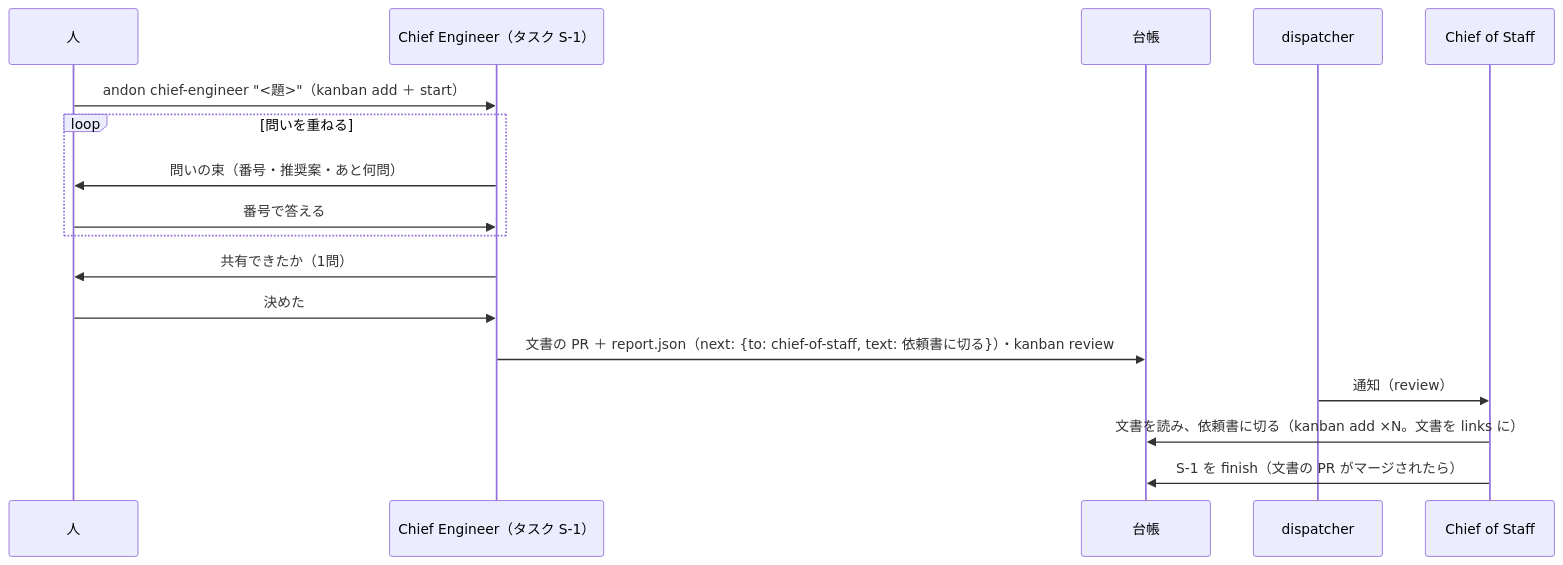
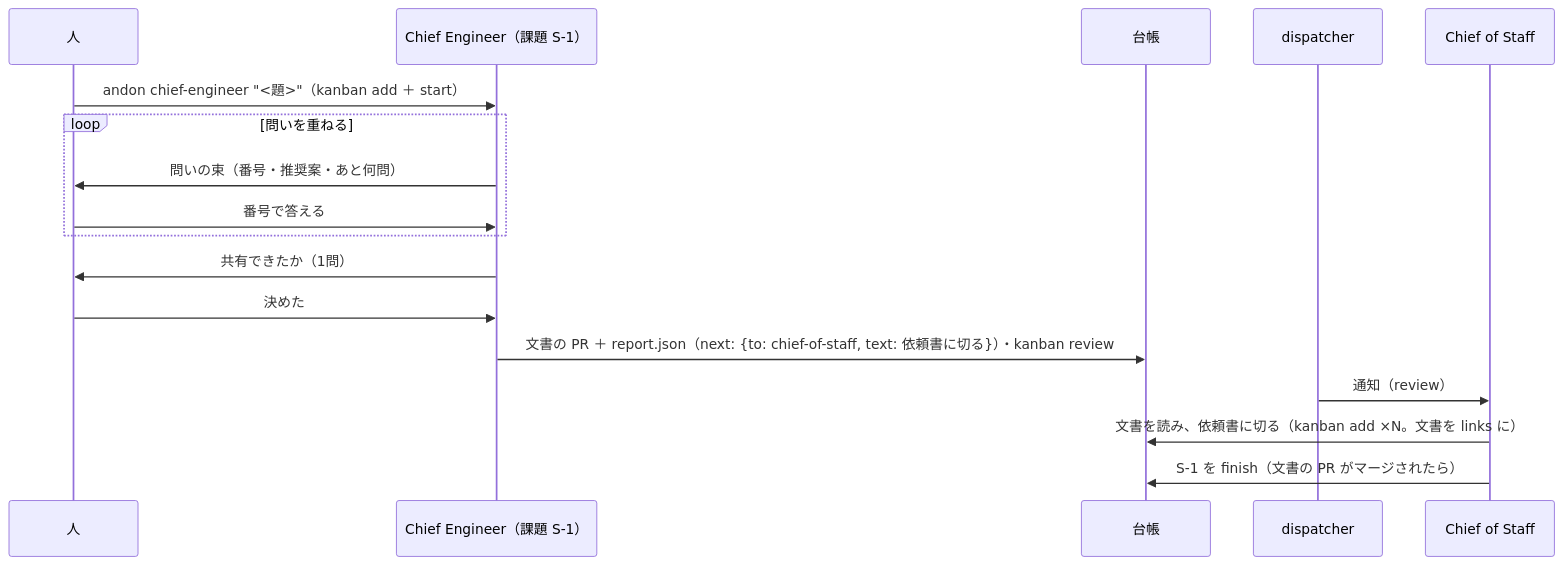
Before and after one commit to mitaku/andon: the third of 3 diagrams in docs/design.md, drawn with Mermaid. The commit also changed other lines of this file and 3 other files, not shown here.

````diff
--- a/docs/design.md
+++ b/docs/design.md
@@ -268,19 +269,19 @@
 ```mermaid
 sequenceDiagram
   participant H as 人
-  participant CE as Chief Engineer（タスク S-1）
+  participant CE as Chief Engineer（課題 S-1）
   participant L as 台帳
   participant K as dispatcher
   participant C as Chief of Staff
   H->>CE: andon chief-engineer "<題>"（kanban add ＋ start）
   loop 問いを重ねる
     CE->>H: 問いの束（番号・推奨案・あと何問）
     H->>CE: 番号で答える
   end
   CE->>H: 共有できたか（1問）
   H->>CE: 決めた
   CE->>L: 文書の PR ＋ report.json（next: {to: chief-of-staff, text: 依頼書に切る}）・kanban review
   K->>C: 通知（review）
   C->>L: 文書を読み、依頼書に切る（kanban add ×N。文書を links に）
   C->>L: S-1 を finish（文書の PR がマージされたら）
 ```
````
